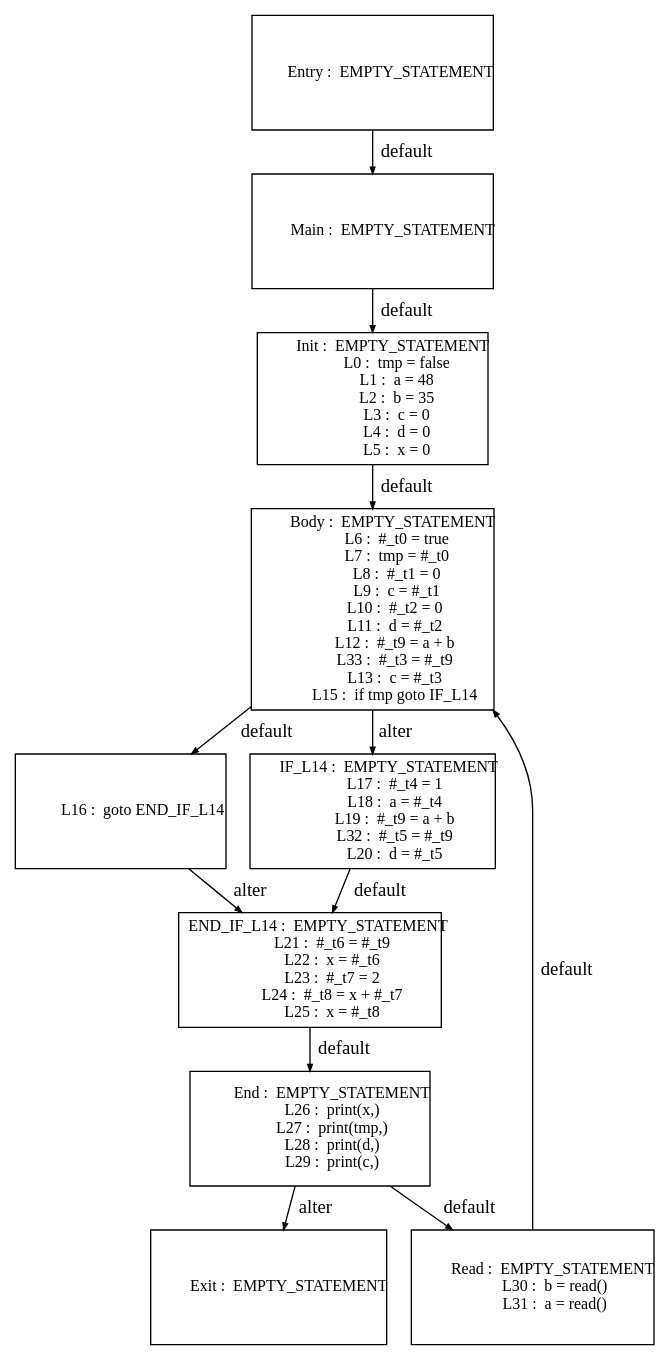
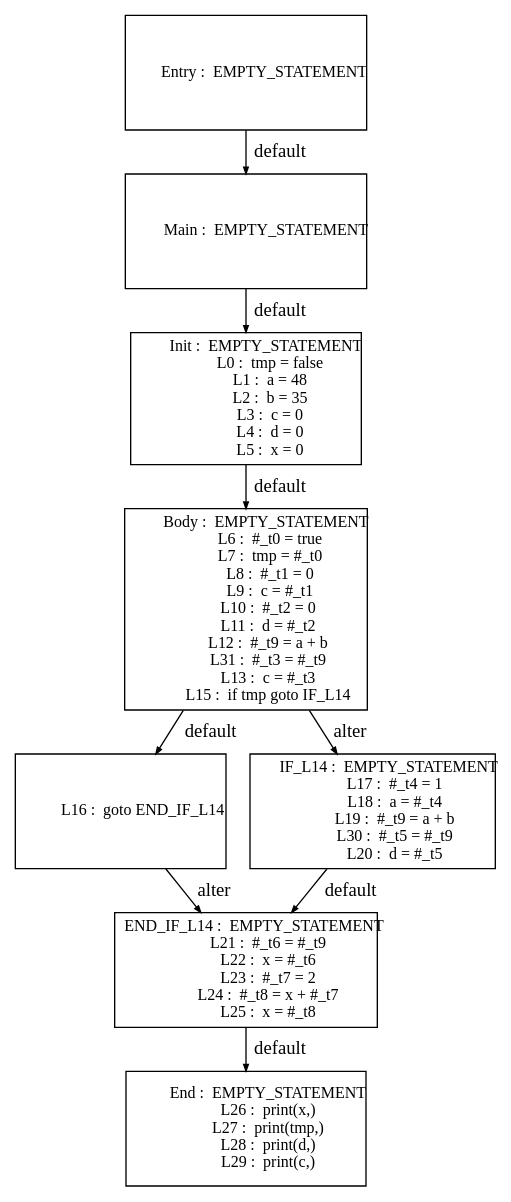
One commit to Geoffrey1014/ST_DSE changed the diagram in tests_programs/dataflow/08_test_output/Graph_CSE_0.dot. Above: the diagram before and after it, drawn with Graphviz. The commit also changed 19 other files, not shown here.

```diff
--- a/tests_programs/dataflow/08_test_output/Graph_CSE_0.dot
+++ b/tests_programs/dataflow/08_test_output/Graph_CSE_0.dot
@@ -1,175 +1,140 @@
 digraph G {
   ranksep=.25;
   edge [arrowsize=.5]
   node [shape=rectangle, fontname="ArialNarrow",
         fontsize=12,  height=1.2];
   "           Main :  EMPTY_STATEMENT
 "; "           Init :  EMPTY_STATEMENT
              L0 :  tmp = false
              L1 :  a = 48
              L2 :  b = 35
              L3 :  c = 0
              L4 :  d = 0
              L5 :  x = 0
 "; "           Body :  EMPTY_STATEMENT
              L6 :  #_t0 = true
              L7 :  tmp = #_t0
              L8 :  #_t1 = 0
              L9 :  c = #_t1
             L10 :  #_t2 = 0
             L11 :  d = #_t2
             L12 :  #_t9 = a + b
-            L33 :  #_t3 = #_t9
+            L31 :  #_t3 = #_t9
             L13 :  c = #_t3
             L15 :  if tmp goto IF_L14
 "; "            L16 :  goto END_IF_L14
 "; "         IF_L14 :  EMPTY_STATEMENT
             L17 :  #_t4 = 1
             L18 :  a = #_t4
             L19 :  #_t9 = a + b
-            L32 :  #_t5 = #_t9
+            L30 :  #_t5 = #_t9
             L20 :  d = #_t5
 "; "     END_IF_L14 :  EMPTY_STATEMENT
             L21 :  #_t6 = #_t9
             L22 :  x = #_t6
             L23 :  #_t7 = 2
             L24 :  #_t8 = x + #_t7
             L25 :  x = #_t8
 "; "          Entry :  EMPTY_STATEMENT
 "; "            End :  EMPTY_STATEMENT
             L26 :  print(x,)
             L27 :  print(tmp,)
             L28 :  print(d,)
             L29 :  print(c,)
-"; "           Exit :  EMPTY_STATEMENT
-"; "           Read :  EMPTY_STATEMENT
-            L30 :  b = read()
-            L31 :  a = read()
 "; 
   "           Main :  EMPTY_STATEMENT
 " -> "           Init :  EMPTY_STATEMENT
              L0 :  tmp = false
              L1 :  a = 48
              L2 :  b = 35
              L3 :  c = 0
              L4 :  d = 0
              L5 :  x = 0
 "  [label="default"];
   "           Init :  EMPTY_STATEMENT
              L0 :  tmp = false
              L1 :  a = 48
              L2 :  b = 35
              L3 :  c = 0
              L4 :  d = 0
              L5 :  x = 0
 " -> "           Body :  EMPTY_STATEMENT
              L6 :  #_t0 = true
              L7 :  tmp = #_t0
              L8 :  #_t1 = 0
              L9 :  c = #_t1
             L10 :  #_t2 = 0
             L11 :  d = #_t2
             L12 :  #_t9 = a + b
-            L33 :  #_t3 = #_t9
+            L31 :  #_t3 = #_t9
             L13 :  c = #_t3
             L15 :  if tmp goto IF_L14
 "  [label="default"];
   "           Body :  EMPTY_STATEMENT
              L6 :  #_t0 = true
              L7 :  tmp = #_t0
              L8 :  #_t1 = 0
              L9 :  c = #_t1
             L10 :  #_t2 = 0
             L11 :  d = #_t2
             L12 :  #_t9 = a + b
-            L33 :  #_t3 = #_t9
+            L31 :  #_t3 = #_t9
             L13 :  c = #_t3
             L15 :  if tmp goto IF_L14
 " -> "            L16 :  goto END_IF_L14
 "  [label="default"];
   "           Body :  EMPTY_STATEMENT
              L6 :  #_t0 = true
              L7 :  tmp = #_t0
              L8 :  #_t1 = 0
              L9 :  c = #_t1
             L10 :  #_t2 = 0
             L11 :  d = #_t2
             L12 :  #_t9 = a + b
-            L33 :  #_t3 = #_t9
+            L31 :  #_t3 = #_t9
             L13 :  c = #_t3
             L15 :  if tmp goto IF_L14
 " -> "         IF_L14 :  EMPTY_STATEMENT
             L17 :  #_t4 = 1
             L18 :  a = #_t4
             L19 :  #_t9 = a + b
-            L32 :  #_t5 = #_t9
+            L30 :  #_t5 = #_t9
             L20 :  d = #_t5
 "  [label="alter"];
   "            L16 :  goto END_IF_L14
 " -> "     END_IF_L14 :  EMPTY_STATEMENT
             L21 :  #_t6 = #_t9
             L22 :  x = #_t6
             L23 :  #_t7 = 2
             L24 :  #_t8 = x + #_t7
             L25 :  x = #_t8
 "  [label="alter"];
   "         IF_L14 :  EMPTY_STATEMENT
             L17 :  #_t4 = 1
             L18 :  a = #_t4
             L19 :  #_t9 = a + b
-            L32 :  #_t5 = #_t9
+            L30 :  #_t5 = #_t9
             L20 :  d = #_t5
 " -> "     END_IF_L14 :  EMPTY_STATEMENT
             L21 :  #_t6 = #_t9
             L22 :  x = #_t6
             L23 :  #_t7 = 2
             L24 :  #_t8 = x + #_t7
             L25 :  x = #_t8
 "  [label="default"];
   "     END_IF_L14 :  EMPTY_STATEMENT
             L21 :  #_t6 = #_t9
             L22 :  x = #_t6
             L23 :  #_t7 = 2
             L24 :  #_t8 = x + #_t7
             L25 :  x = #_t8
 " -> "            End :  EMPTY_STATEMENT
             L26 :  print(x,)
             L27 :  print(tmp,)
             L28 :  print(d,)
             L29 :  print(c,)
 "  [label="default"];
   "          Entry :  EMPTY_STATEMENT
 " -> "           Main :  EMPTY_STATEMENT
 "  [label="default"];
-  "            End :  EMPTY_STATEMENT
-            L26 :  print(x,)
-            L27 :  print(tmp,)
-            L28 :  print(d,)
-            L29 :  print(c,)
-" -> "           Read :  EMPTY_STATEMENT
-            L30 :  b = read()
-            L31 :  a = read()
-"  [label="default"];
-  "            End :  EMPTY_STATEMENT
-            L26 :  print(x,)
-            L27 :  print(tmp,)
-            L28 :  print(d,)
-            L29 :  print(c,)
-" -> "           Exit :  EMPTY_STATEMENT
-"  [label="alter"];
-  "           Read :  EMPTY_STATEMENT
-            L30 :  b = read()
-            L31 :  a = read()
-" -> "           Body :  EMPTY_STATEMENT
-             L6 :  #_t0 = true
-             L7 :  tmp = #_t0
-             L8 :  #_t1 = 0
-             L9 :  c = #_t1
-            L10 :  #_t2 = 0
-            L11 :  d = #_t2
-            L12 :  #_t9 = a + b
-            L33 :  #_t3 = #_t9
-            L13 :  c = #_t3
-            L15 :  if tmp goto IF_L14
-"  [label="default"];
 }
```
